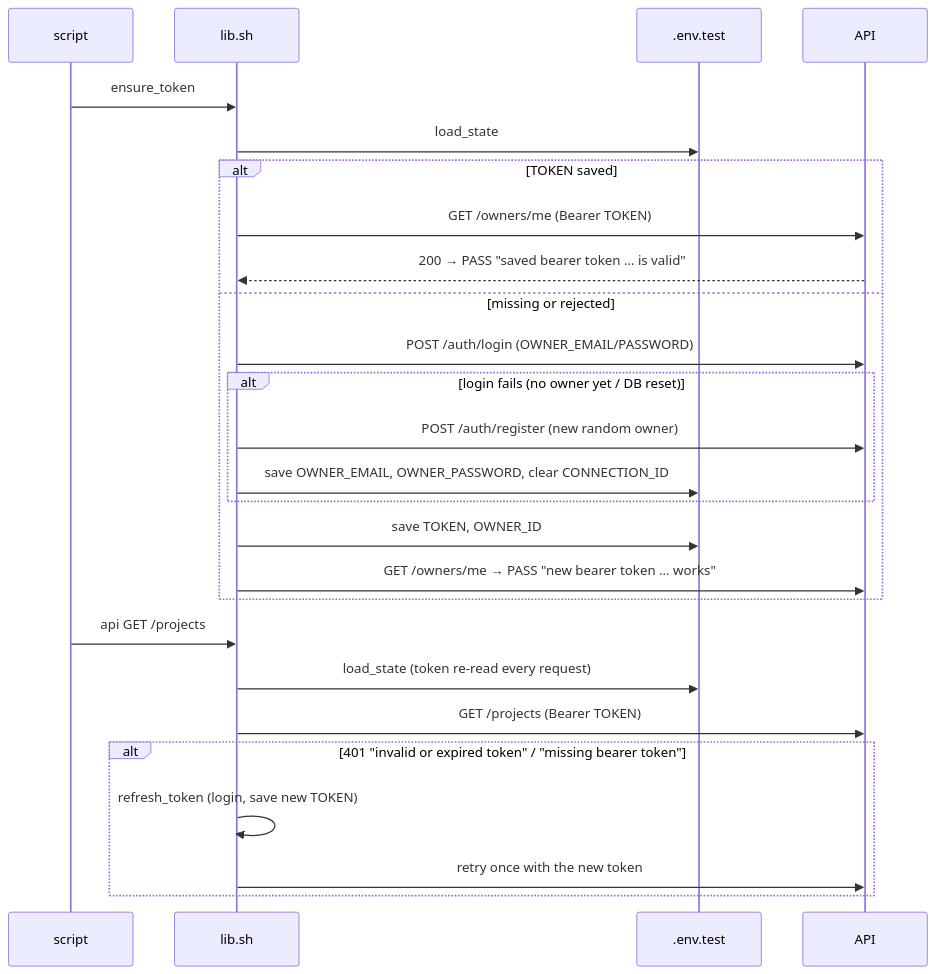
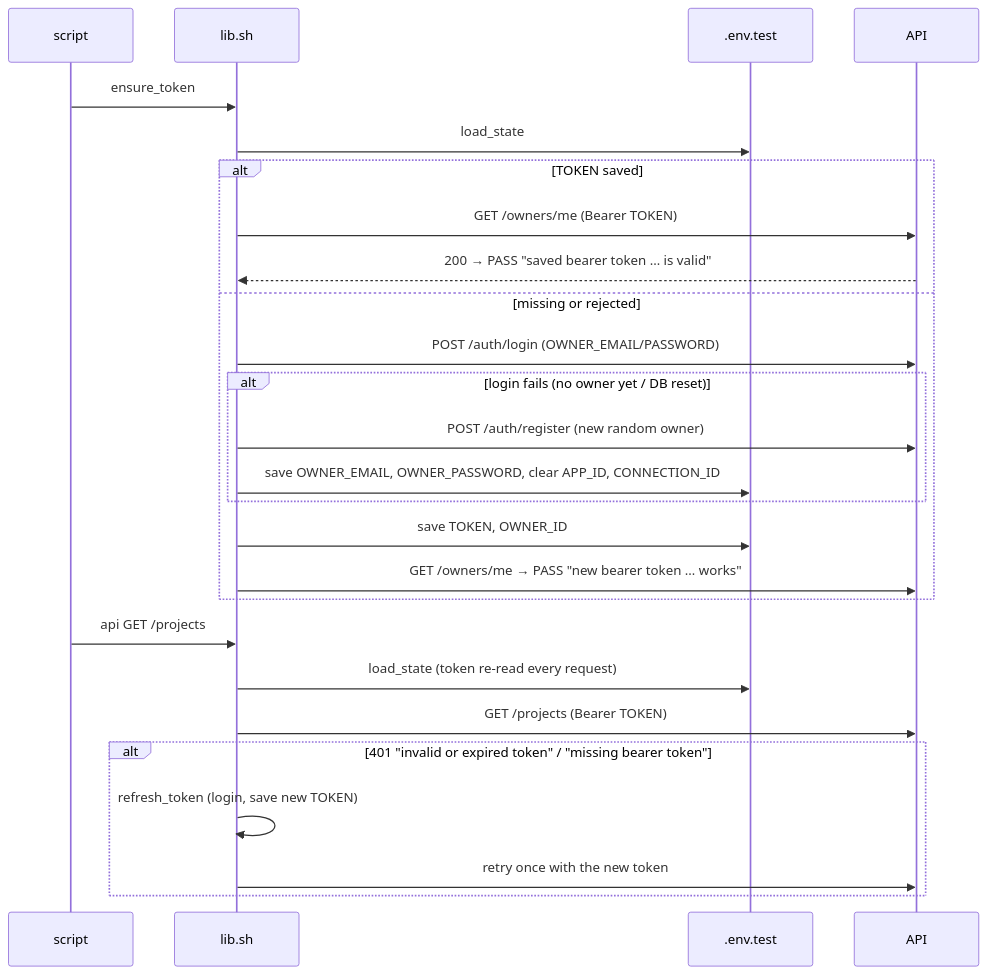
Before and after one commit to MicroClub-USTHB/m-Seismo: the second of 2 diagrams in backend/docs/test-scripts.md, drawn with Mermaid. The commit also changed other lines of this file and 12 other files, not shown here.

````diff
--- a/backend/docs/test-scripts.md
+++ b/backend/docs/test-scripts.md
@@ -139,30 +143,30 @@
 ```mermaid
 sequenceDiagram
     participant S as script
     participant L as lib.sh
     participant F as .env.test
     participant A as API
 
     S->>L: ensure_token
     L->>F: load_state
     alt TOKEN saved
         L->>A: GET /owners/me (Bearer TOKEN)
         A-->>L: 200 → PASS "saved bearer token … is valid"
     else missing or rejected
         L->>A: POST /auth/login (OWNER_EMAIL/PASSWORD)
         alt login fails (no owner yet / DB reset)
             L->>A: POST /auth/register (new random owner)
-            L->>F: save OWNER_EMAIL, OWNER_PASSWORD, clear CONNECTION_ID
+            L->>F: save OWNER_EMAIL, OWNER_PASSWORD, clear APP_ID, CONNECTION_ID
         end
         L->>F: save TOKEN, OWNER_ID
         L->>A: GET /owners/me → PASS "new bearer token … works"
     end
 
     S->>L: api GET /projects
     L->>F: load_state (token re-read every request)
     L->>A: GET /projects (Bearer TOKEN)
     alt 401 "invalid or expired token" / "missing bearer token"
         L->>L: refresh_token (login, save new TOKEN)
         L->>A: retry once with the new token
     end
 ```
````
